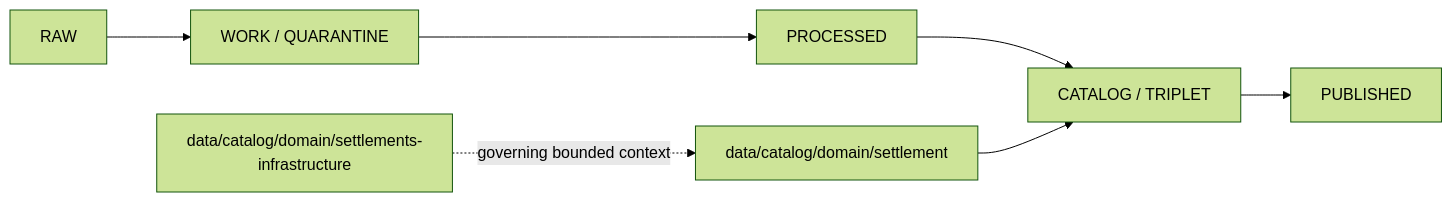
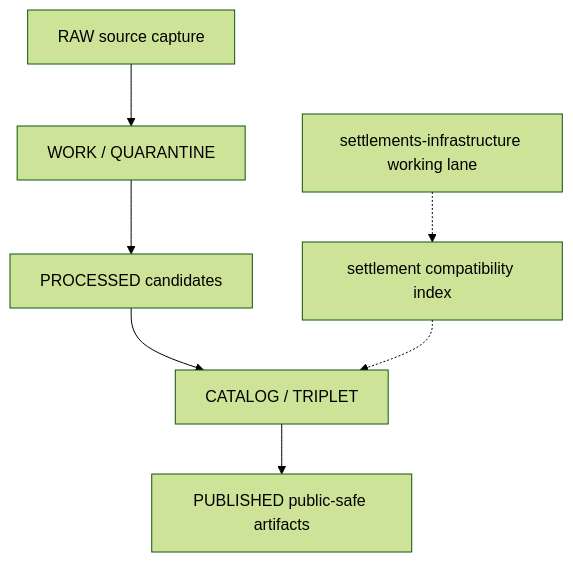
One commit to bartytime4life/Kansas-Frontier-Matrix changed the diagram in data/catalog/domain/settlement/README.md. Above: the diagram before and after it, drawn with Mermaid (forest theme). The commit also changed other lines of this file, not shown here.

Commit message:
docs: modernize Settlement catalog compatibility README

````diff
--- a/data/catalog/domain/settlement/README.md
+++ b/data/catalog/domain/settlement/README.md
@@ -70,9 +129,9 @@
 ```mermaid
-flowchart LR
-  RAW[RAW] --> WORK[WORK / QUARANTINE]
-  WORK --> PROCESSED[PROCESSED]
-  PROCESSED --> CATALOG[CATALOG / TRIPLET]
-  CATALOG --> PUBLISHED[PUBLISHED]
-  SETTLEMENT[data/catalog/domain/settlement] --> CATALOG
-  SI[data/catalog/domain/settlements-infrastructure] -. governing bounded context .-> SETTLEMENT
+flowchart TB
+  RAW["RAW source capture"] --> WQ["WORK / QUARANTINE"]
+  WQ --> PROC["PROCESSED candidates"]
+  PROC --> CAT["CATALOG / TRIPLET"]
+  CAT --> PUB["PUBLISHED public-safe artifacts"]
+  LONG["settlements-infrastructure working lane"] -.-> SHORT["settlement compatibility index"]
+  SHORT -.-> CAT
 ```
````
